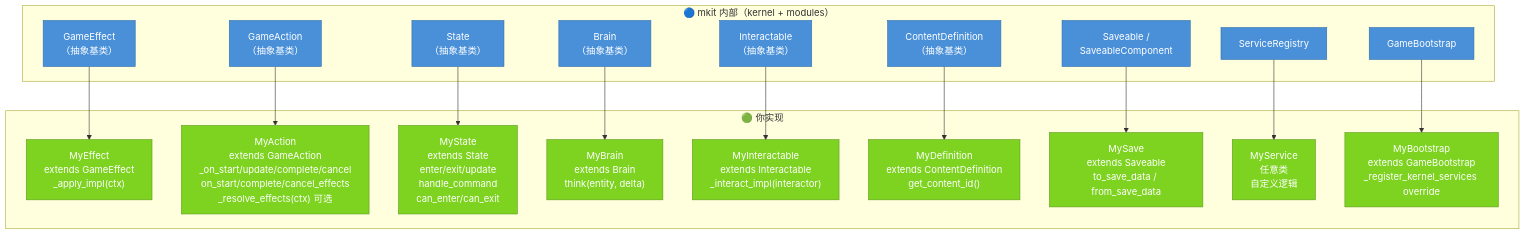
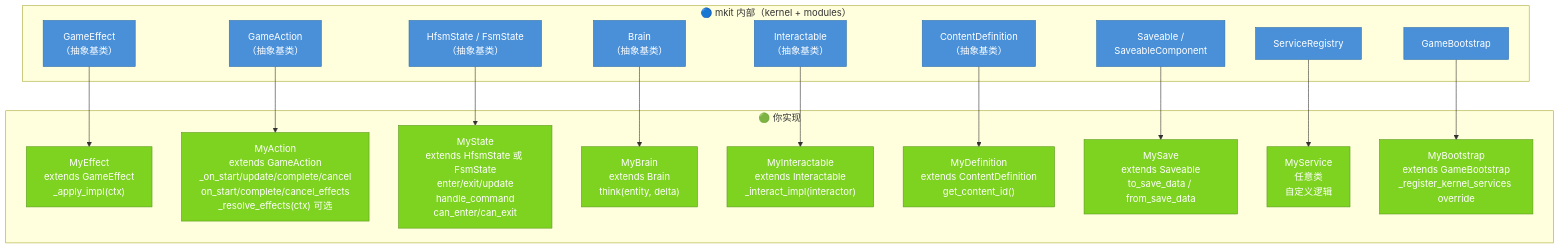
The fifth of 5 diagrams in docs/concepts.md (xiaofeiqiu/mkit), drawn with Mermaid before and after one commit. The commit also changed other lines of this file and 57 other files, not shown here.

````diff
--- a/docs/concepts.md
+++ b/docs/concepts.md
@@ -328,41 +328,41 @@
 ```mermaid
 flowchart TB
     subgraph mkit ["🔵 mkit 内部（kernel + modules）"]
         GE_base["GameEffect\n（抽象基类）"]
         GA_base["GameAction\n（抽象基类）"]
-        ST_base["State\n（抽象基类）"]
+        ST_base["HfsmState / FsmState\n（抽象基类）"]
         BR_base["Brain\n（抽象基类）"]
         IA_base["Interactable\n（抽象基类）"]
         CD_base["ContentDefinition\n（抽象基类）"]
         SV_base["Saveable /\nSaveableComponent"]
         SR["ServiceRegistry"]
         GB["GameBootstrap"]
     end
 
     subgraph you ["🟢 你实现"]
         GE_impl["MyEffect\nextends GameEffect\n_apply_impl(ctx)"]
         GA_impl["MyAction\nextends GameAction\n_on_start/update/complete/cancel\non_start/complete/cancel_effects\n_resolve_effects(ctx) 可选"]
-        ST_impl["MyState\nextends State\nenter/exit/update\nhandle_command\ncan_enter/can_exit"]
+        ST_impl["MyState\nextends HfsmState 或 FsmState\nenter/exit/update\nhandle_command\ncan_enter/can_exit"]
         BR_impl["MyBrain\nextends Brain\nthink(entity, delta)"]
         IA_impl["MyInteractable\nextends Interactable\n_interact_impl(interactor)"]
         CD_impl["MyDefinition\nextends ContentDefinition\nget_content_id()"]
         SV_impl["MySave\nextends Saveable\nto_save_data / from_save_data"]
         SVC_impl["MyService\n任意类\n自定义逻辑"]
         BS_impl["MyBootstrap\nextends GameBootstrap\n_register_kernel_services override"]
     end
 
     GE_base --> GE_impl
     GA_base --> GA_impl
     ST_base --> ST_impl
     BR_base --> BR_impl
     IA_base --> IA_impl
     CD_base --> CD_impl
     SV_base --> SV_impl
     SR --> SVC_impl
     GB --> BS_impl
 
     classDef mkitCore fill:#4A90D9,color:#fff,stroke:#2C6FAC
     classDef userOwned fill:#7ED321,color:#fff,stroke:#5A9A18
     class GE_base,GA_base,ST_base,BR_base,IA_base,CD_base,SV_base,SR,GB mkitCore
     class GE_impl,GA_impl,ST_impl,BR_impl,IA_impl,CD_impl,SV_impl,SVC_impl,BS_impl userOwned
 ```
````
